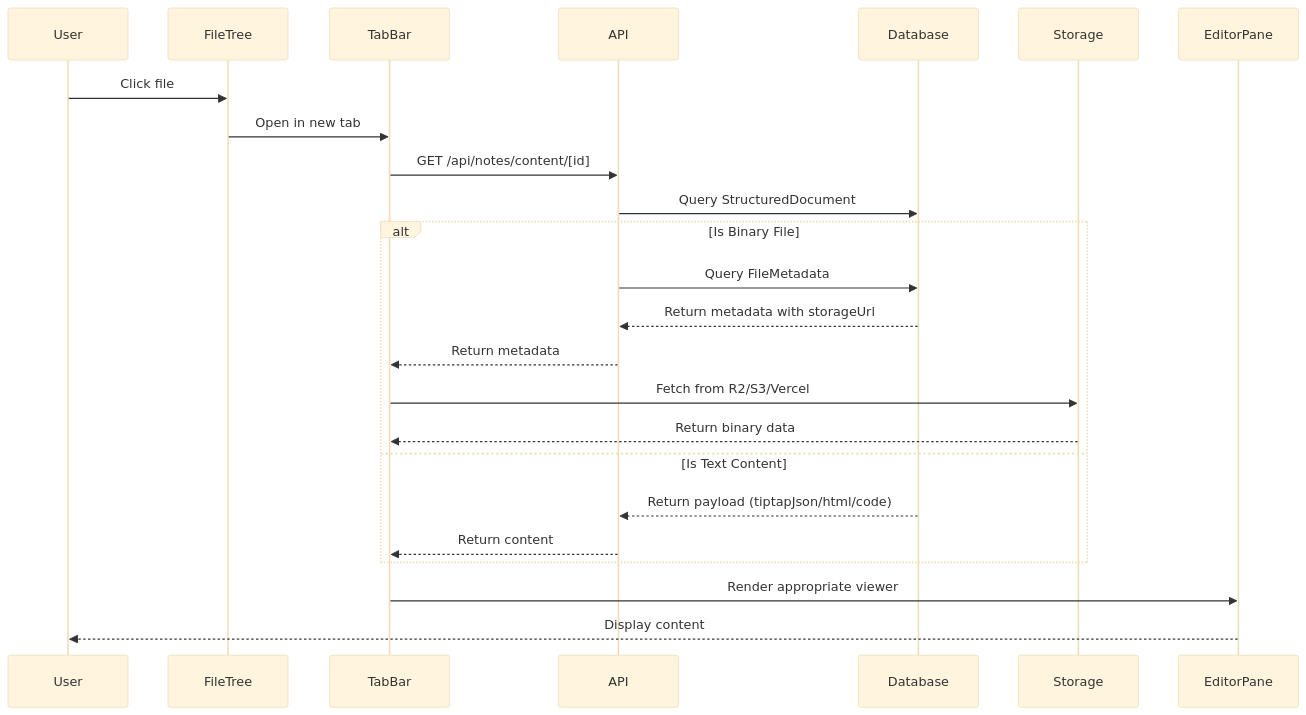
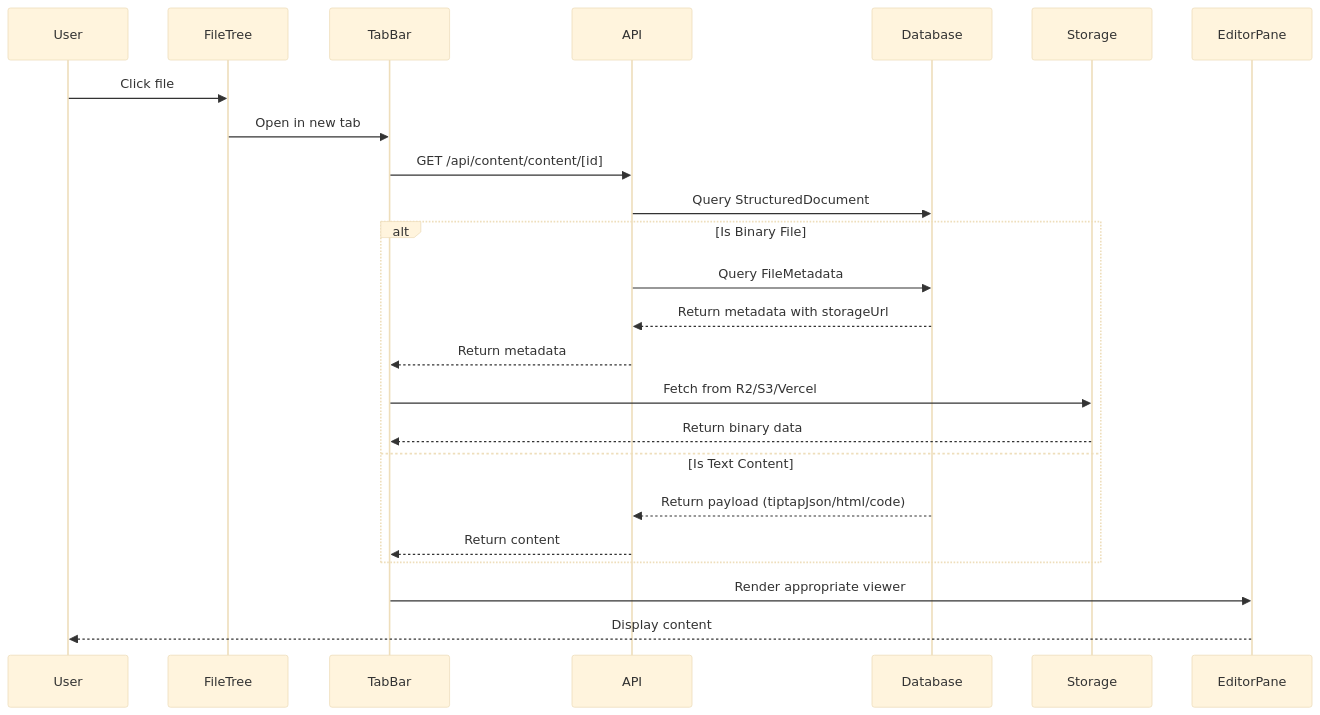
One commit to CenterValentine/Digital-Garden changed the second of 6 diagrams in docs/notes-feature/01-architecture.md. Above: the diagram before and after it, drawn with Mermaid (base theme). The commit also changed other lines of this file and 73 other files, not shown here.

First line of the commit message:
docs: Update all documentation for monorepo removal and notes→content rename

````diff
--- a/docs/notes-feature/01-architecture.md
+++ b/docs/notes-feature/01-architecture.md
@@ -166,28 +166,28 @@
 ```mermaid
 sequenceDiagram
     participant User
     participant FileTree
     participant TabBar
     participant API
     participant Database
     participant Storage
 
     User->>FileTree: Click file
     FileTree->>TabBar: Open in new tab
-    TabBar->>API: GET /api/notes/content/[id]
+    TabBar->>API: GET /api/content/content/[id]
     API->>Database: Query StructuredDocument
 
     alt Is Binary File
         API->>Database: Query FileMetadata
         Database-->>API: Return metadata with storageUrl
         API-->>TabBar: Return metadata
         TabBar->>Storage: Fetch from R2/S3/Vercel
         Storage-->>TabBar: Return binary data
     else Is Text Content
         Database-->>API: Return payload (tiptapJson/html/code)
         API-->>TabBar: Return content
     end
 
     TabBar->>EditorPane: Render appropriate viewer
     EditorPane-->>User: Display content
 ```
````
